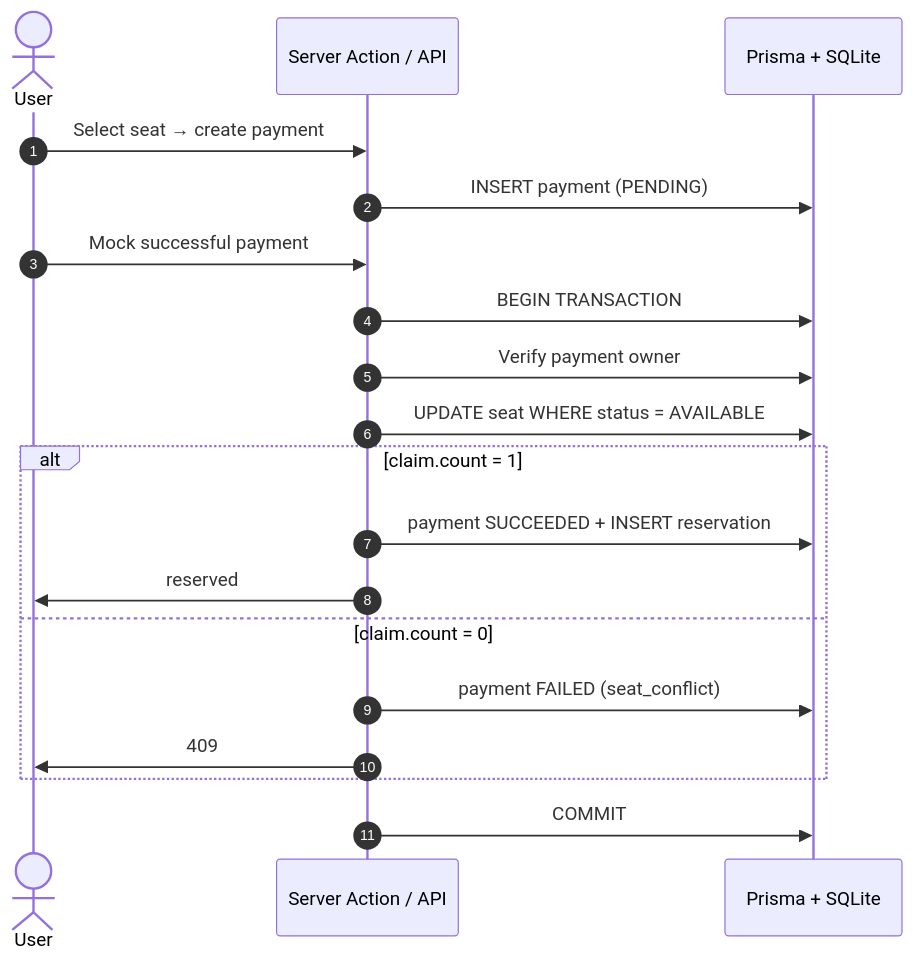
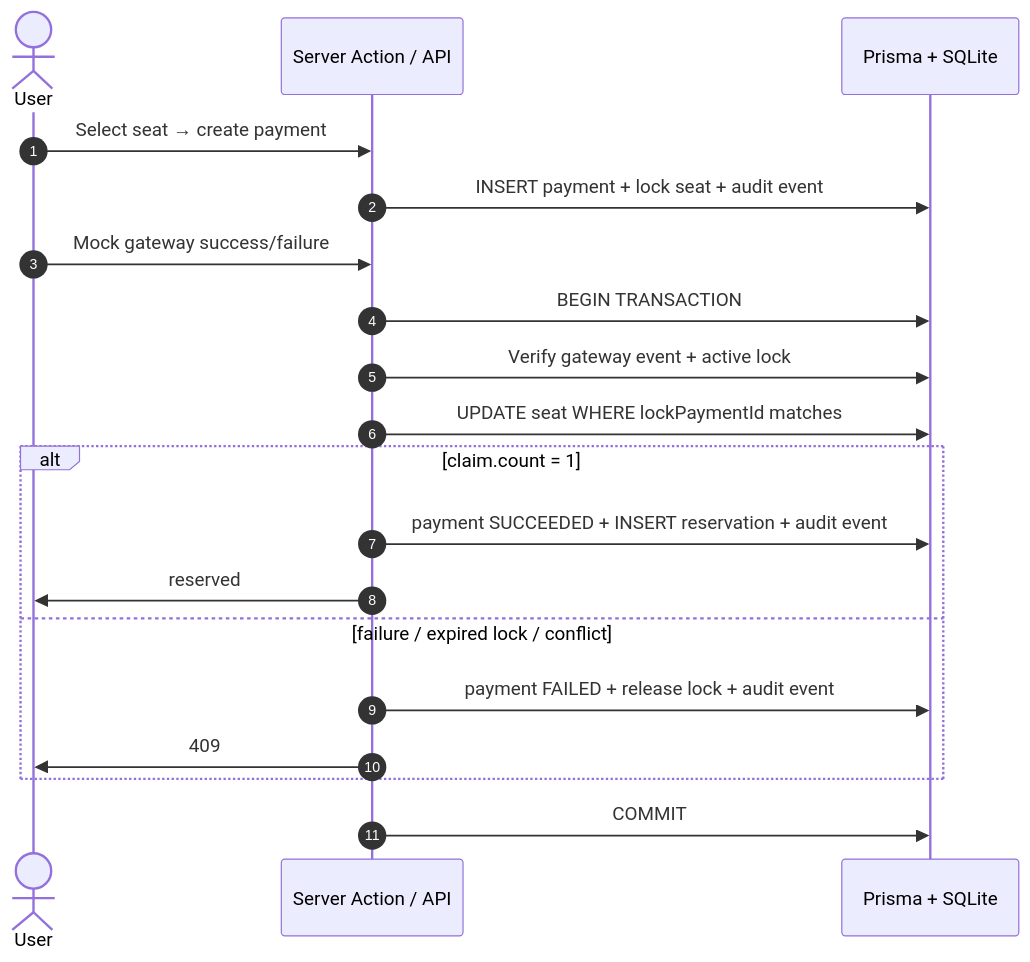
One commit to mikepolo-inno/linkz-test changed the diagram in README.md. Above: the diagram before and after it, drawn with Mermaid. The commit also changed other lines of this file and 39 other files, not shown here.

````diff
--- a/README.md
+++ b/README.md
@@ -244,22 +245,22 @@
 ```mermaid
 sequenceDiagram
   autonumber
   actor U as User
   participant UI as Server Action / API
   participant DB as Prisma + SQLite
 
   U->>UI: Select seat → create payment
-  UI->>DB: INSERT payment (PENDING)
-  U->>UI: Mock successful payment
+  UI->>DB: INSERT payment + lock seat + audit event
+  U->>UI: Mock gateway success/failure
   UI->>DB: BEGIN TRANSACTION
-  UI->>DB: Verify payment owner
-  UI->>DB: UPDATE seat WHERE status = AVAILABLE
+  UI->>DB: Verify gateway event + active lock
+  UI->>DB: UPDATE seat WHERE lockPaymentId matches
   alt claim.count = 1
-    UI->>DB: payment SUCCEEDED + INSERT reservation
+    UI->>DB: payment SUCCEEDED + INSERT reservation + audit event
     UI->>U: reserved
-  else claim.count = 0
-    UI->>DB: payment FAILED (seat_conflict)
+  else failure / expired lock / conflict
+    UI->>DB: payment FAILED + release lock + audit event
     UI->>U: 409
   end
   UI->>DB: COMMIT
 ```
````
